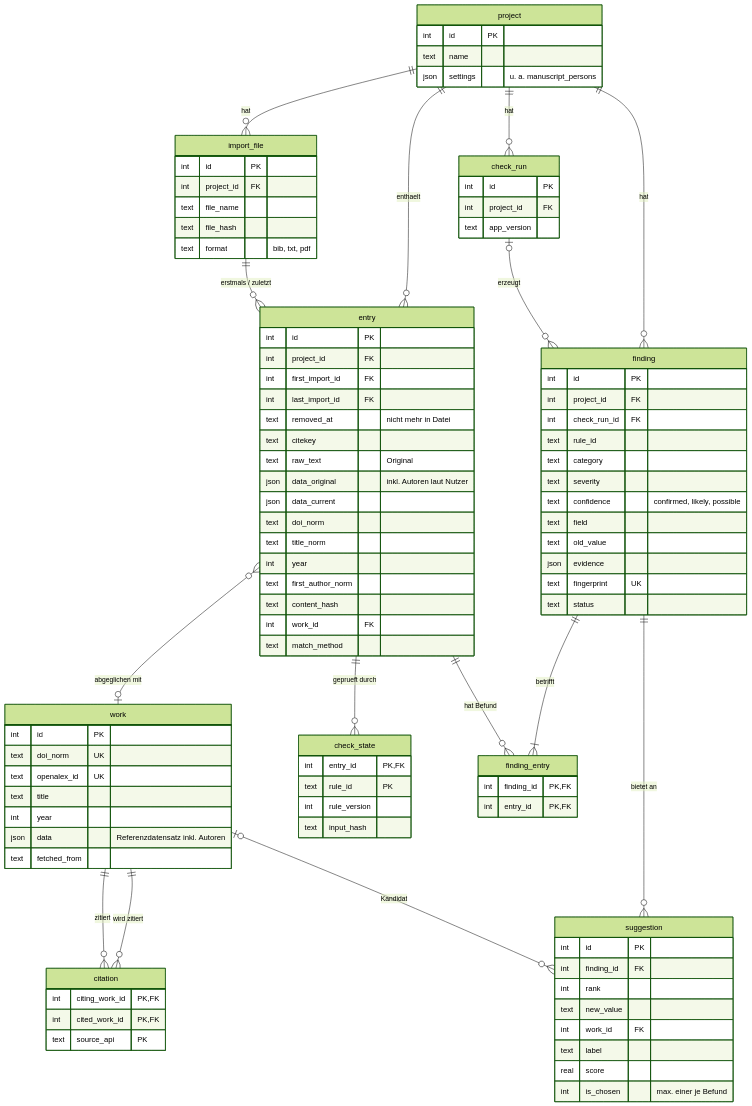
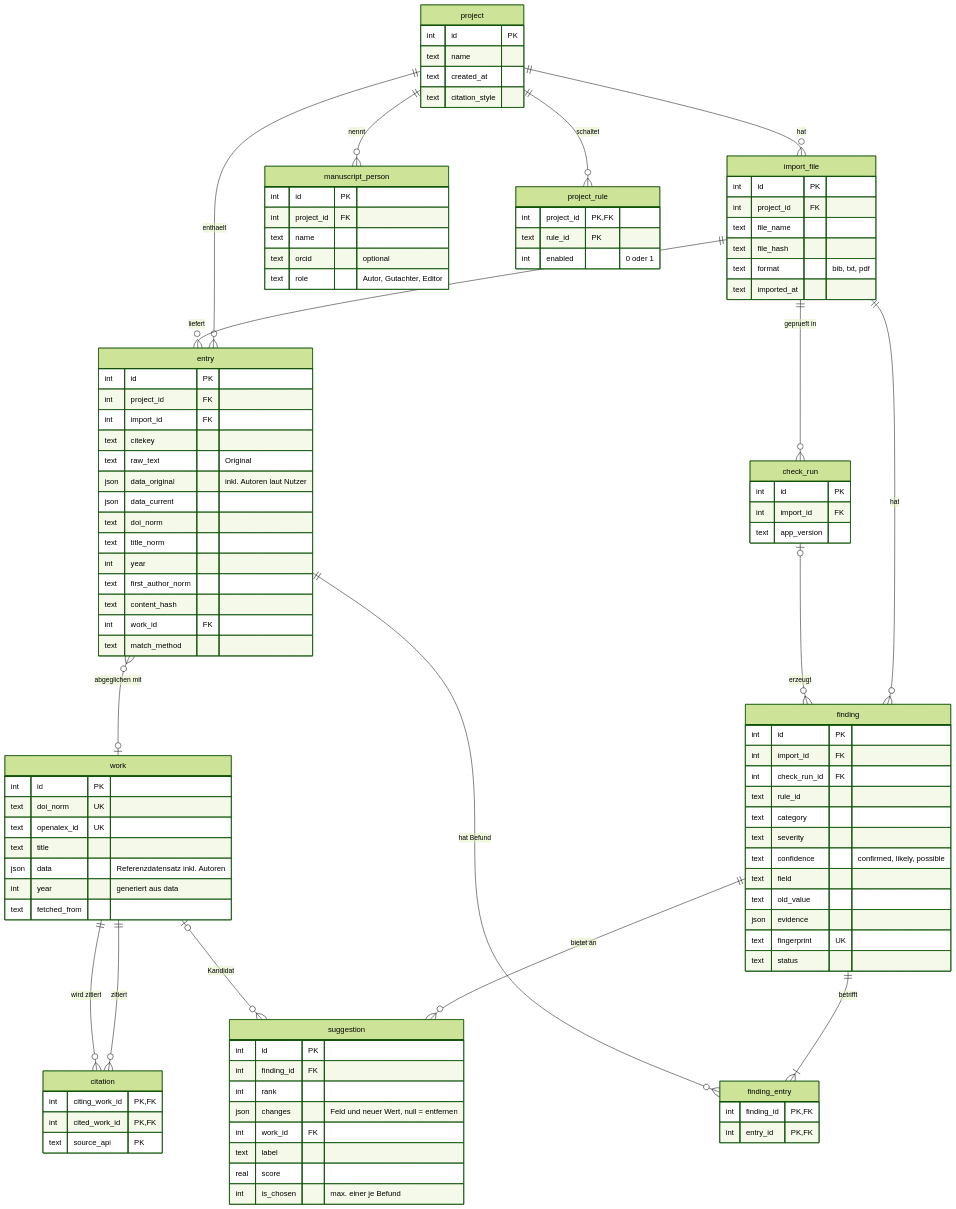
Before and after one commit to DHBW-BOBR/BOBR: the second of 2 diagrams in README.md, drawn with Mermaid (forest theme).

Commit message:
Update ER diagram and project schema in README

````diff
--- a/README.md
+++ b/README.md
@@ -136,14 +136,15 @@
 ```mermaid
 erDiagram
   project ||--o{ import_file : "hat"
+  project ||--o{ manuscript_person : "nennt"
+  project ||--o{ project_rule : "schaltet"
   project ||--o{ entry : "enthaelt"
-  import_file ||--o{ entry : "erstmals / zuletzt"
+  import_file ||--o{ entry : "liefert"
+  import_file ||--o{ check_run : "geprueft in"
+  import_file ||--o{ finding : "hat"
   entry }o--o| work : "abgeglichen mit"
   work ||--o{ citation : "zitiert"
   work ||--o{ citation : "wird zitiert"
-  project ||--o{ check_run : "hat"
-  entry ||--o{ check_state : "geprueft durch"
-  project ||--o{ finding : "hat"
   check_run |o--o{ finding : "erzeugt"
   finding ||--|{ finding_entry : "betrifft"
   entry ||--o{ finding_entry : "hat Befund"
@@ -152,7 +153,20 @@
   project {
     int id PK
     text name
-    json settings "u. a. manuscript_persons"
+    text created_at
+    text citation_style
+  }
+  manuscript_person {
+    int id PK
+    int project_id FK
+    text name
+    text orcid "optional"
+    text role "Autor, Gutachter, Editor"
+  }
+  project_rule {
+    int project_id PK, FK
+    text rule_id PK
+    int enabled "0 oder 1"
   }
   import_file {
     int id PK
@@ -160,13 +174,12 @@
     text file_name
     text file_hash
     text format "bib, txt, pdf"
+    text imported_at
   }
   entry {
     int id PK
     int project_id FK
-    int first_import_id FK
-    int last_import_id FK
-    text removed_at "nicht mehr in Datei"
+    int import_id FK
     text citekey
     text raw_text "Original"
     json data_original "inkl. Autoren laut Nutzer"
@@ -184,8 +197,8 @@
     text doi_norm UK
     text openalex_id UK
     text title
-    int year
     json data "Referenzdatensatz inkl. Autoren"
+    int year "generiert aus data"
     text fetched_from
   }
   citation {
@@ -195,18 +208,12 @@
   }
   check_run {
     int id PK
-    int project_id FK
+    int import_id FK
     text app_version
-  }
-  check_state {
-    int entry_id PK, FK
-    text rule_id PK
-    int rule_version
-    text input_hash
   }
   finding {
     int id PK
-    int project_id FK
+    int import_id FK
     int check_run_id FK
     text rule_id
     text category
@@ -226,7 +233,7 @@
     int id PK
     int finding_id FK
     int rank
-    text new_value
+    json changes "Feld und neuer Wert, null = entfernen"
     int work_id FK
     text label
     real score
````
